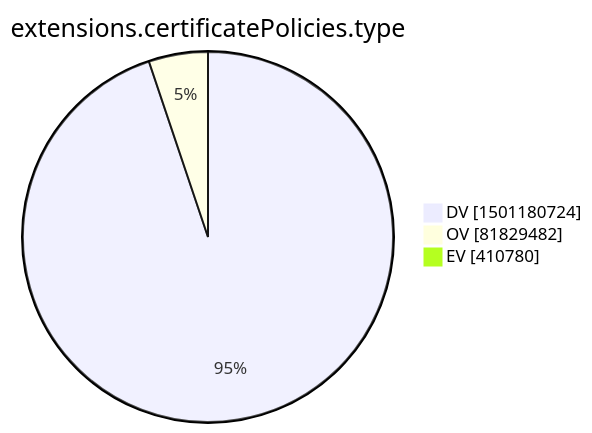
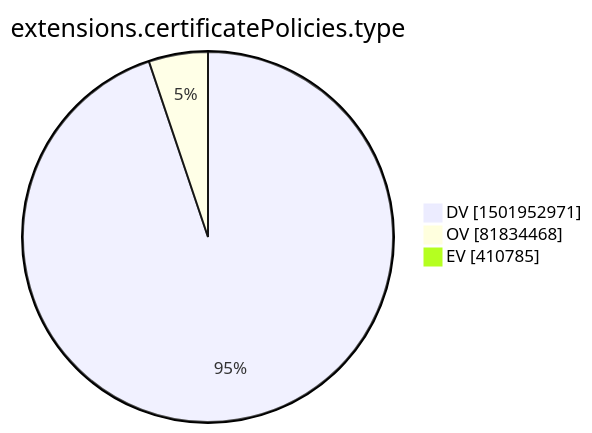
One commit to christiankrug/ctmonitor_visualization changed the tenth of 15 diagrams in xenon2022/README.md. Above: the diagram before and after it, drawn with Mermaid. The commit also changed other lines of this file, not shown here.

````diff
--- a/xenon2022/README.md
+++ b/xenon2022/README.md
@@ -2874,7 +2874,7 @@
 ```mermaid
 pie showData
 title extensions.certificatePolicies.type
-"DV" :1501180724
-"OV" :81829482
-"EV" :410780
+"DV" :1501952971
+"OV" :81834468
+"EV" :410785
 ```
````
